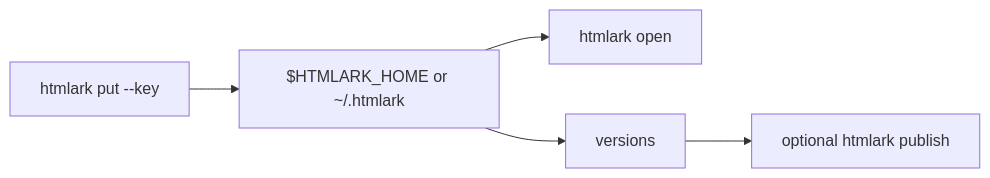
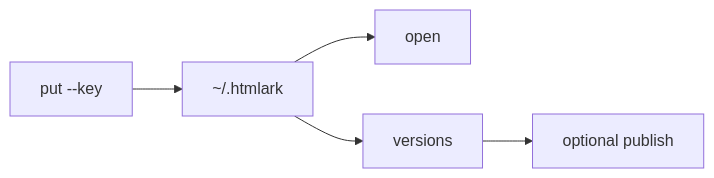
One commit to nichenqin/htmlark changed the diagram in README.md. Above: the diagram before and after it, drawn with Mermaid. The commit also changed other lines of this file, not shown here.

Commit message:
docs: shorten README mermaid labels so the flow fits
GitHub was clipping the store node ($HTMLARK_HOME or ~/.htmlark).
Keep the path in prose; use short diagram labels.

````diff
--- a/README.md
+++ b/README.md
@@ -15,7 +15,7 @@
 ```mermaid
 flowchart LR
-  put["htmlark put --key"] --> store["$HTMLARK_HOME or ~/.htmlark"]
-  store --> open["htmlark open"]
+  put["put --key"] --> store["~/.htmlark"]
+  store --> open["open"]
   store --> versions["versions"]
-  versions --> publish["optional htmlark publish"]
+  versions --> publish["optional publish"]
 ```
````
